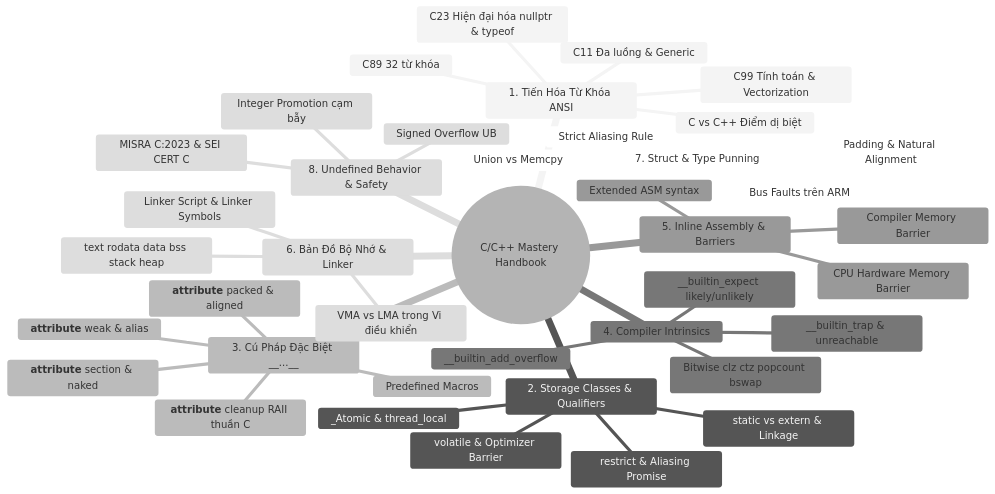
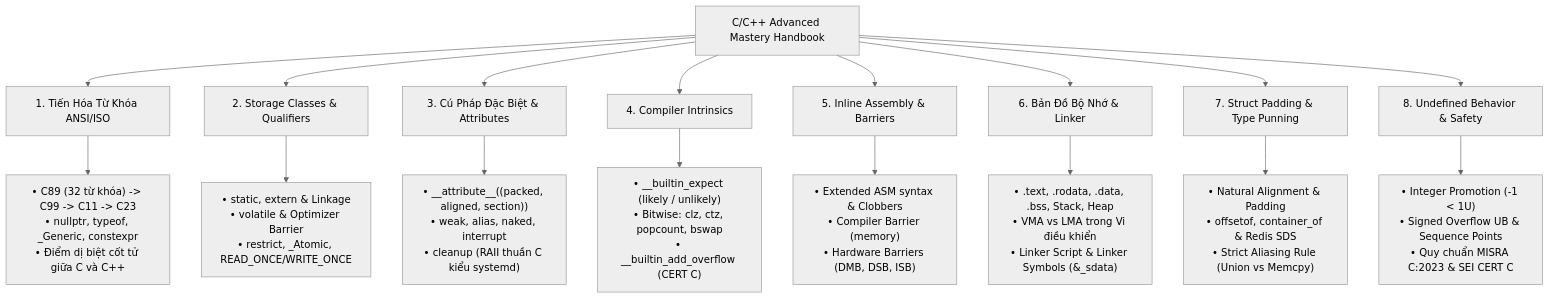
Before and after one commit to thinh1210/Obsidian: the diagram in C_Cpp_Mastery_Handbook/00_C_Cpp_Mastery_Index.md, drawn with Mermaid (neutral theme). The commit also changed 45 other files, not shown here.

Commit message:
docs: add Chapter 30 for BeagleBone debug handbook, Go and Rust mastery handbooks, and updates

````diff
--- a/C_Cpp_Mastery_Handbook/00_C_Cpp_Mastery_Index.md
+++ b/C_Cpp_Mastery_Handbook/00_C_Cpp_Mastery_Index.md
@@ -16,43 +16,22 @@
 ```mermaid
-mindmap
-  root((C/C++ Mastery Handbook))
-    1. Tiến Hóa Từ Khóa ANSI
-      C89 32 từ khóa
-      C99 Tính toán & Vectorization
-      C11 Đa luồng & Generic
-      C23 Hiện đại hóa nullptr & typeof
-      C vs C++ Điểm dị biệt
-    2. Storage Classes & Qualifiers
-      static vs extern & Linkage
-      volatile & Optimizer Barrier
-      restrict & Aliasing Promise
-      _Atomic & thread_local
-    3. Cú Pháp Đặc Biệt __...__
-      __attribute__ packed & aligned
-      __attribute__ weak & alias
-      __attribute__ section & naked
-      __attribute__ cleanup RAII thuần C
-      Predefined Macros
-    4. Compiler Intrinsics
-      __builtin_expect likely/unlikely
-      Bitwise clz ctz popcount bswap
-      __builtin_add_overflow
-      __builtin_trap & unreachable
-    5. Inline Assembly & Barriers
-      Extended ASM syntax
-      Compiler Memory Barrier
-      CPU Hardware Memory Barrier
-    6. Bản Đồ Bộ Nhớ & Linker
-      text rodata data bss stack heap
-      VMA vs LMA trong Vi điều khiển
-      Linker Script & Linker Symbols
-    7. Struct & Type Punning
-      Padding & Natural Alignment
-      Strict Aliasing Rule
-      Union vs Memcpy
-      Bus Faults trên ARM
-    8. Undefined Behavior & Safety
-      Integer Promotion cạm bẫy
-      Signed Overflow UB
-      MISRA C:2023 & SEI CERT C
+graph TD
+    Root["C/C++ Advanced Mastery Handbook"]
+
+    Root --> M1["1. Tiến Hóa Từ Khóa ANSI/ISO"]
+    Root --> M2["2. Storage Classes & Qualifiers"]
+    Root --> M3["3. Cú Pháp Đặc Biệt & Attributes"]
+    Root --> M4["4. Compiler Intrinsics"]
+    Root --> M5["5. Inline Assembly & Barriers"]
+    Root --> M6["6. Bản Đồ Bộ Nhớ & Linker"]
+    Root --> M7["7. Struct Padding & Type Punning"]
+    Root --> M8["8. Undefined Behavior & Safety"]
+
+    M1 --> M1_D["• C89 (32 từ khóa) -> C99 -> C11 -> C23<br/>• nullptr, typeof, _Generic, constexpr<br/>• Điểm dị biệt cốt tử giữa C và C++"]
+    M2 --> M2_D["• static, extern & Linkage<br/>• volatile & Optimizer Barrier<br/>• restrict, _Atomic, READ_ONCE/WRITE_ONCE"]
+    M3 --> M3_D["• __attribute__((packed, aligned, section))<br/>• weak, alias, naked, interrupt<br/>• cleanup (RAII thuần C kiểu systemd)"]
+    M4 --> M4_D["• __builtin_expect (likely / unlikely)<br/>• Bitwise: clz, ctz, popcount, bswap<br/>• __builtin_add_overflow (CERT C)"]
+    M5 --> M5_D["• Extended ASM syntax & Clobbers<br/>• Compiler Barrier (memory)<br/>• Hardware Barriers (DMB, DSB, ISB)"]
+    M6 --> M6_D["• .text, .rodata, .data, .bss, Stack, Heap<br/>• VMA vs LMA trong Vi điều khiển<br/>• Linker Script & Linker Symbols (&_sdata)"]
+    M7 --> M7_D["• Natural Alignment & Padding<br/>• offsetof, container_of & Redis SDS<br/>• Strict Aliasing Rule (Union vs Memcpy)"]
+    M8 --> M8_D["• Integer Promotion (-1 < 1U)<br/>• Signed Overflow UB & Sequence Points<br/>• Quy chuẩn MISRA C:2023 & SEI CERT C"]
 ```
````
